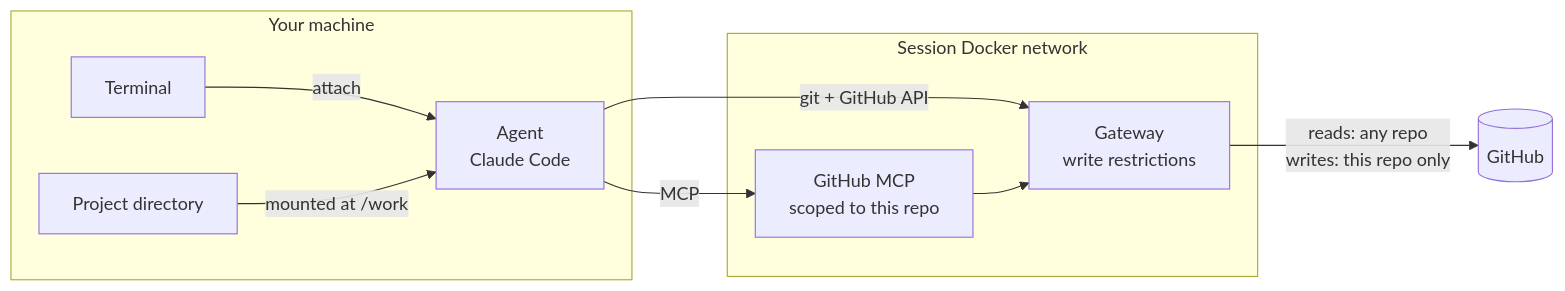
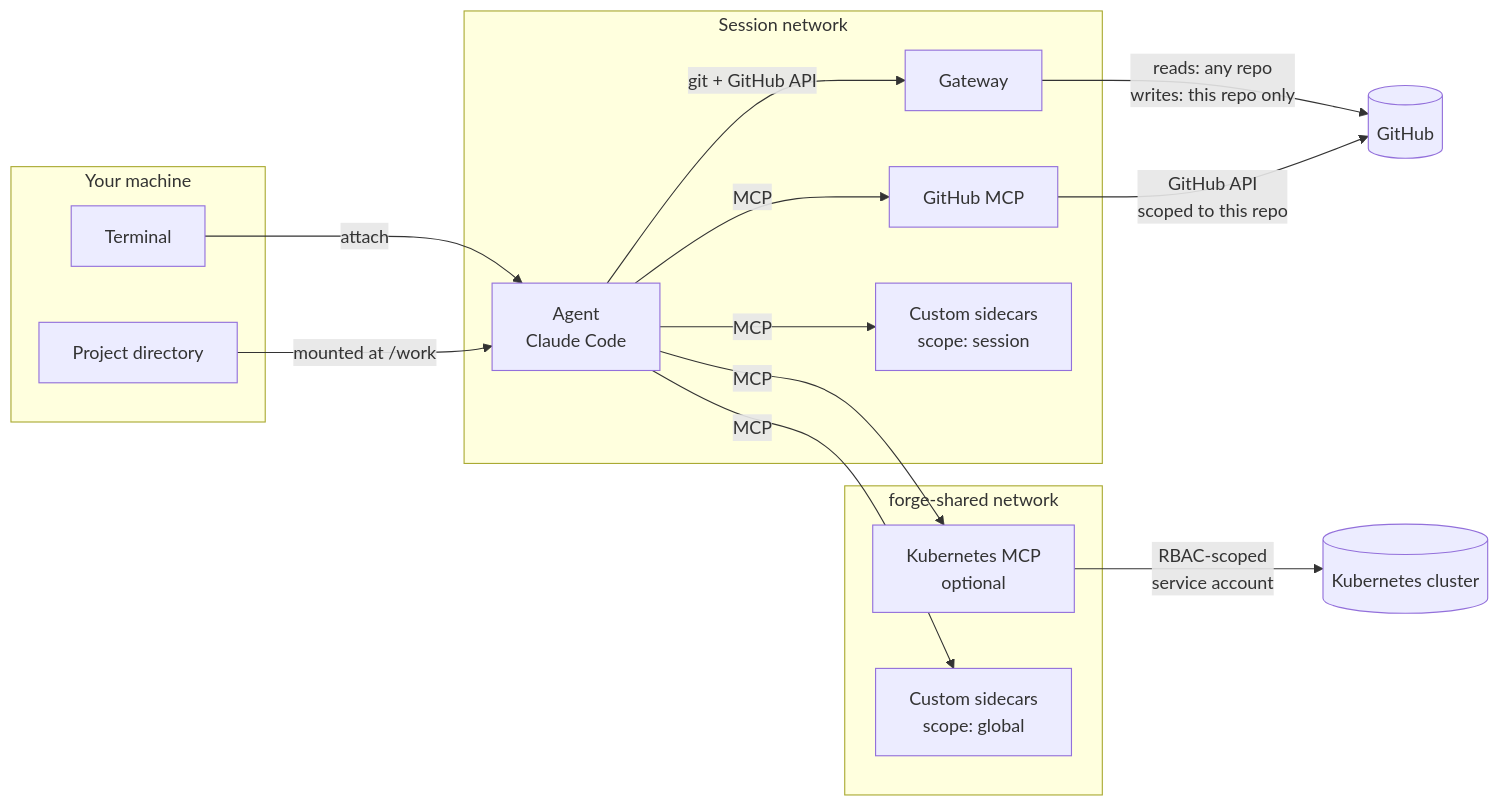
One commit to michael-freling/claude-forge changed the diagram in docs/content/docs/how-it-works.md. Above: the diagram before and after it, drawn with Mermaid. The commit also changed other lines of this file and 18 other files, not shown here.

````diff
--- a/docs/content/docs/how-it-works.md
+++ b/docs/content/docs/how-it-works.md
@@ -18,13 +26,24 @@
 ```mermaid
 flowchart LR
     subgraph host [Your machine]
-        T[Terminal] -- attach --> A
-        P[Project directory] -- mounted at /work --> A
+        T[Terminal]
+        P[Project directory]
     end
-    subgraph net [Session Docker network]
-        A[Agent<br/>Claude Code] -- git + GitHub API --> G[Gateway<br/>write restrictions]
-        A -- MCP --> M[GitHub MCP<br/>scoped to this repo]
+    subgraph sn [Session network]
+        A[Agent<br/>Claude Code]
+        G[Gateway]
+        M[GitHub MCP]
+        S[Custom sidecars<br/>scope: session]
     end
-    G -- reads: any repo<br/>writes: this repo only --> GH[(GitHub)]
-    M --> G
+    subgraph shared [forge-shared network]
+        K[Kubernetes MCP<br/>optional]
+        C[Custom sidecars<br/>scope: global]
+    end
+    T -- attach --> A
+    P -- mounted at /work --> A
+    A -- git + GitHub API --> G
+    A -- MCP --> M & S & K & C
+    G -- "reads: any repo<br/>writes: this repo only" --> GH[(GitHub)]
+    M -- "GitHub API<br/>scoped to this repo" --> GH
+    K -- RBAC-scoped<br/>service account --> KC[(Kubernetes cluster)]
 ```
````
